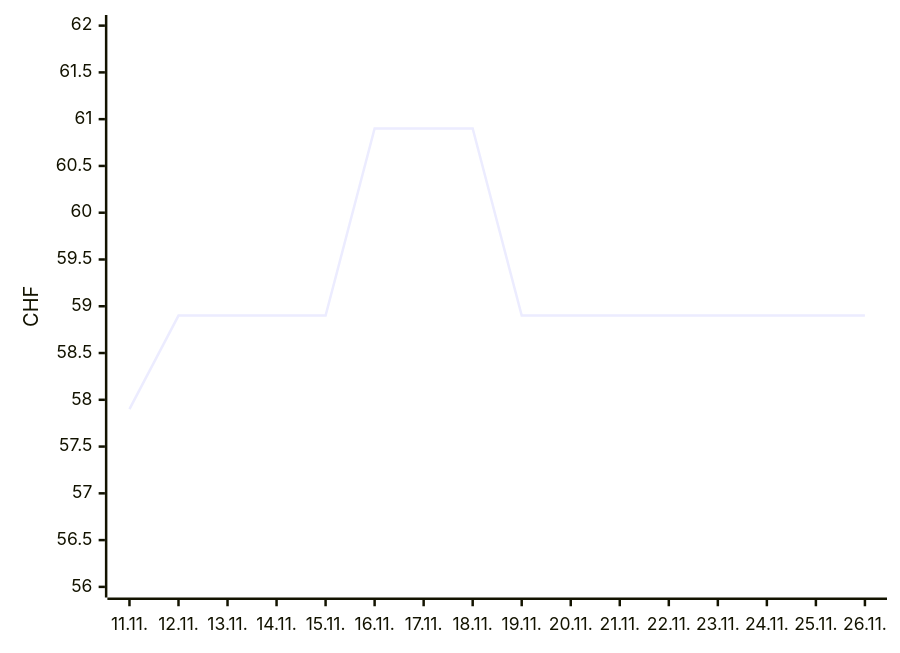
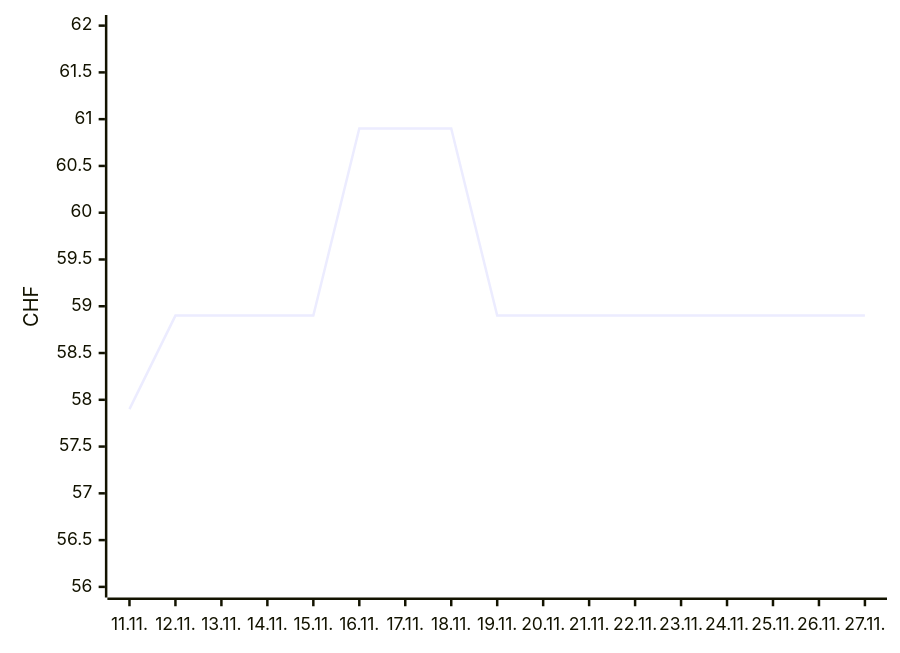
The second of 2 diagrams in README.md (Akira2828/my-Galaxus-MCP), drawn with Mermaid before and after one commit. The commit also changed other lines of this file and 1 other file, not shown here.

````diff
--- a/README.md
+++ b/README.md
@@ -25,6 +25,6 @@
 ```mermaid
 xychart-beta
-  x-axis ["11.11.", "12.11.", "13.11.", "14.11.", "15.11.", "16.11.", "17.11.", "18.11.", "19.11.", "20.11.", "21.11.", "22.11.", "23.11.", "24.11.", "25.11.", "26.11."]
+  x-axis ["11.11.", "12.11.", "13.11.", "14.11.", "15.11.", "16.11.", "17.11.", "18.11.", "19.11.", "20.11.", "21.11.", "22.11.", "23.11.", "24.11.", "25.11.", "26.11.", "27.11."]
   y-axis "CHF" 56 --> 62
-  line [57.9, 58.9, 58.9, 58.9, 58.9, 60.9, 60.9, 60.9, 58.9, 58.9, 58.9, 58.9, 58.9, 58.9, 58.9, 58.9]
+  line [57.9, 58.9, 58.9, 58.9, 58.9, 60.9, 60.9, 60.9, 58.9, 58.9, 58.9, 58.9, 58.9, 58.9, 58.9, 58.9, 58.9]
 ```
````
